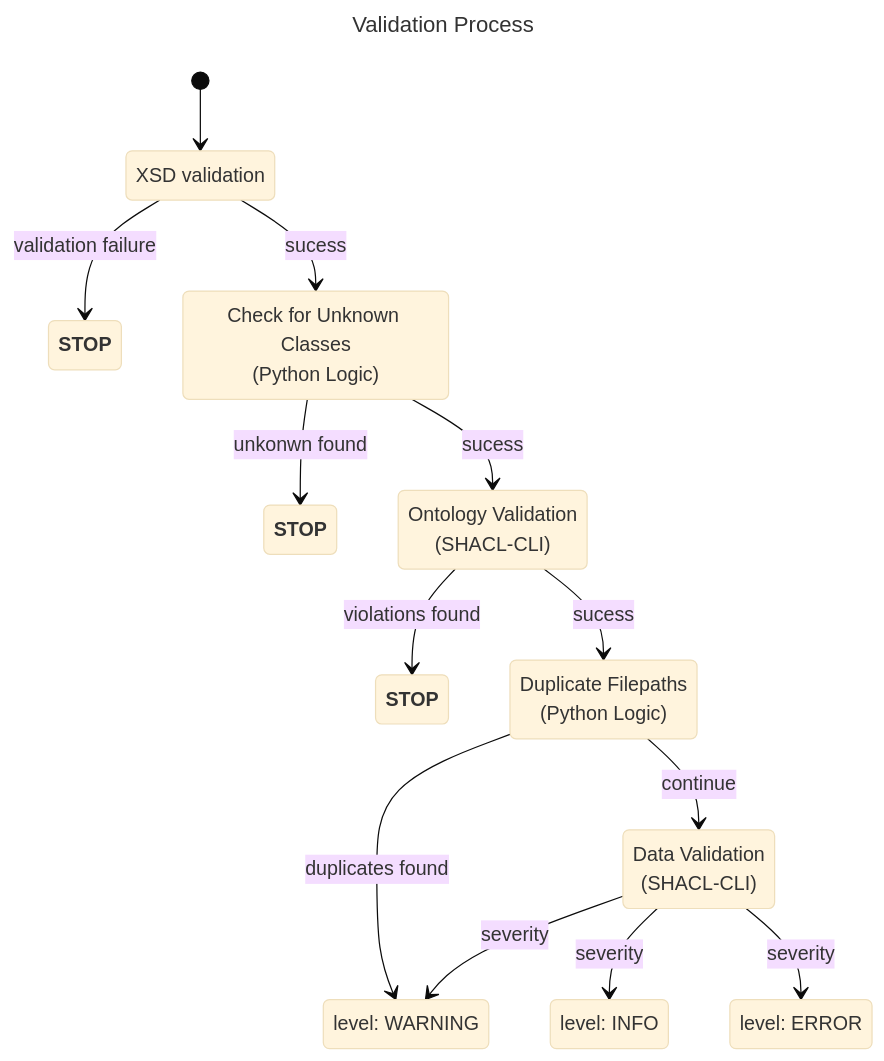
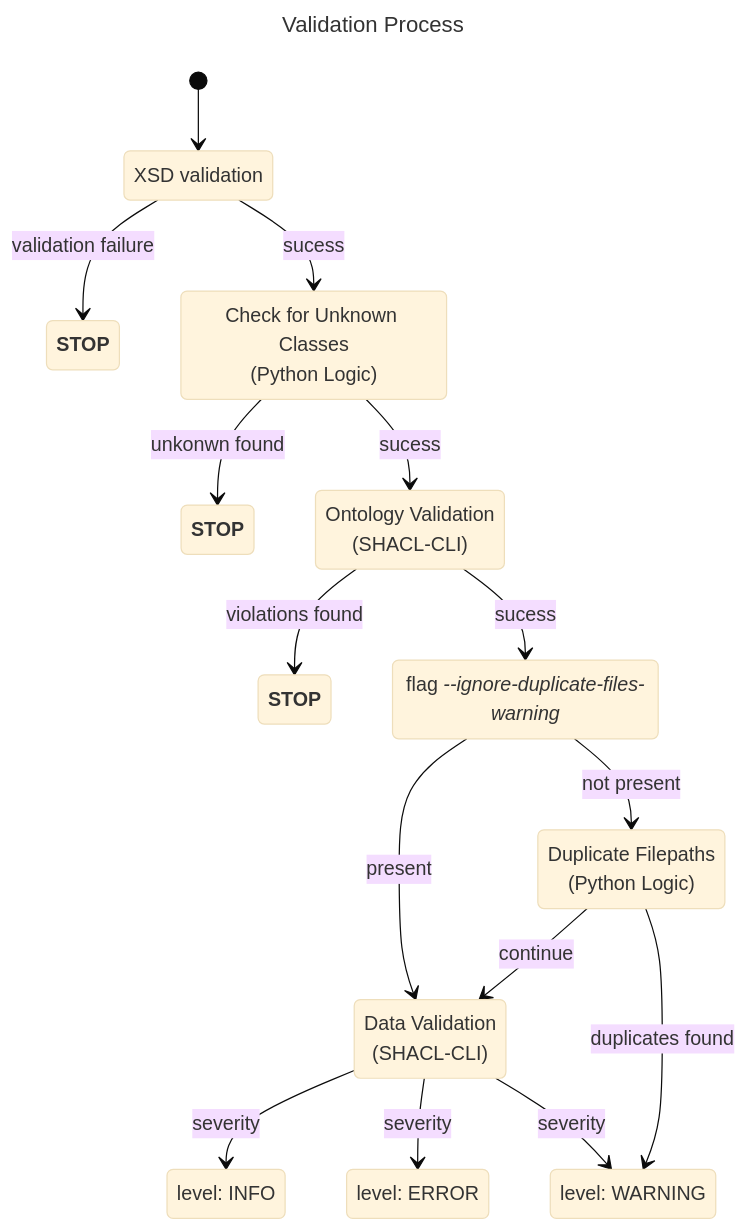
One commit to dasch-swiss/dsp-tools changed the fourth of 5 diagrams in docs/developers/architecture.md. Above: the diagram before and after it, drawn with Mermaid (base theme). The commit also changed other lines of this file, not shown here.

````diff
--- a/docs/developers/architecture.md
+++ b/docs/developers/architecture.md
@@ -137,31 +137,34 @@
 ```mermaid
 ---
 title: Validation Process
 ---
 stateDiagram-v2
 
 state "XSD validation" as XSD
 state "<b>STOP<b>" as stopXSD
 state "Check for Unknown Classes<br>(Python Logic)" as unknownCls
 state "<b>STOP<b>" as stopUnknown
 state "Ontology Validation<br>(SHACL-CLI)" as ontoVal
 state "<b>STOP<b>" as ontoViolation
+state "flag <em>--ignore-duplicate-files-warning<em>" as ignoreF
 state "Duplicate Filepaths<br>(Python Logic)" as duplicFile
 state "level: WARNING" as warning
 state "level: INFO" as info
 state "level: ERROR" as err
 state "Data Validation<br>(SHACL-CLI)" as dataSH
 
     [*] --> XSD
     XSD --> stopXSD: validation failure
     XSD --> unknownCls: sucess
     unknownCls --> stopUnknown: unkonwn found
     unknownCls --> ontoVal: sucess
     ontoVal --> ontoViolation: violations found
-    ontoVal --> duplicFile: sucess
+    ontoVal --> ignoreF: sucess
+    ignoreF --> dataSH: present
+    ignoreF --> duplicFile: not present
+    duplicFile --> dataSH: continue
     duplicFile --> warning: duplicates found
-    duplicFile --> dataSH: continue
     dataSH --> info: severity
     dataSH --> err: severity
     dataSH --> warning: severity
 ```
````
